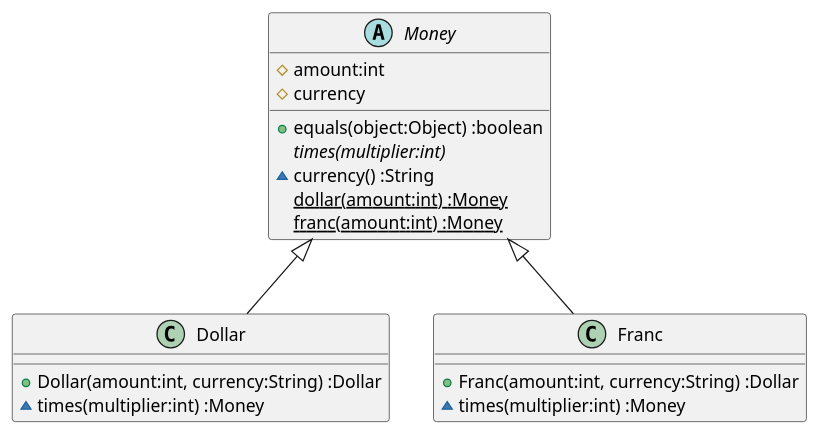
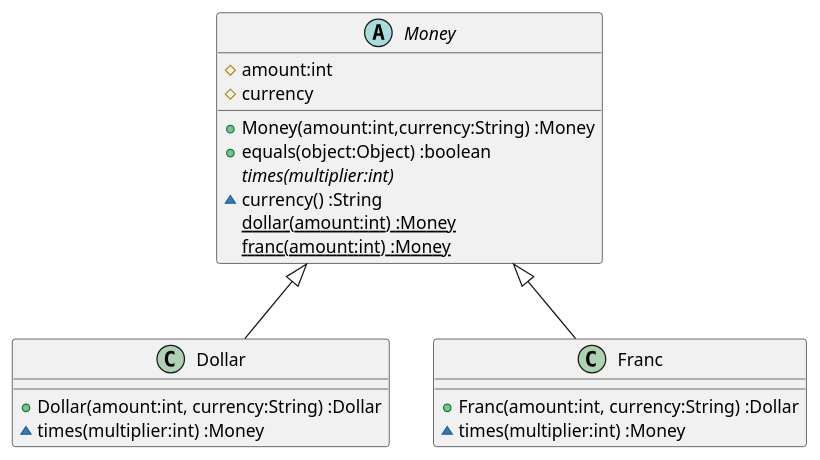
One commit to k2works/etude_for_java changed the diagram in docs/src/TDD.md. Above: the diagram before and after it, drawn with PlantUML. The commit also changed 3 other files, not shown here.

````diff
--- a/docs/src/TDD.md
+++ b/docs/src/TDD.md
@@ -62,21 +62,22 @@
 ```puml
 class Dollar {
   +Dollar(amount:int, currency:String) :Dollar
   ~times(multiplier:int) :Money
 }
 class Franc {
   +Franc(amount:int, currency:String) :Dollar
   ~times(multiplier:int) :Money
 }
 abstract Money {
   #amount:int
   #currency  
+  +Money(amount:int,currency:String) :Money
   +equals(object:Object) :boolean  
   {abstract} times(multiplier:int)
   ~currency() :String
   {static} dollar(amount:int) :Money
   {static} franc(amount:int) :Money  
 }
 Money <|-- Dollar
 Money <|-- Franc
 ```
````
